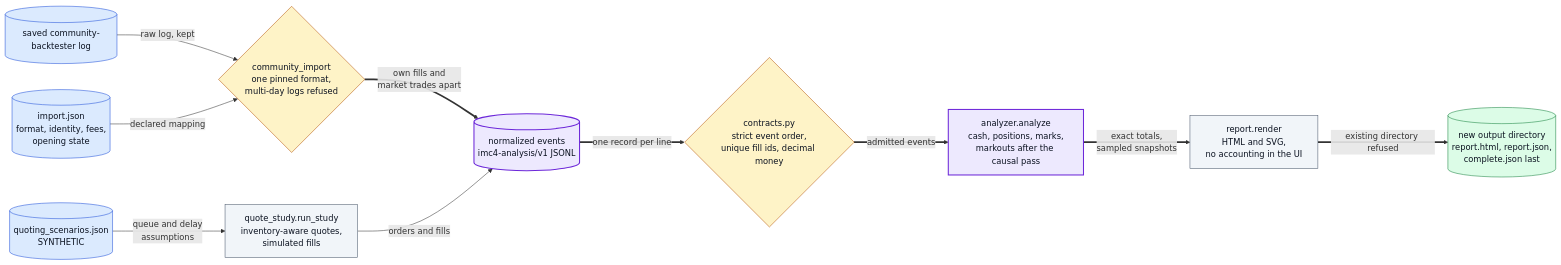
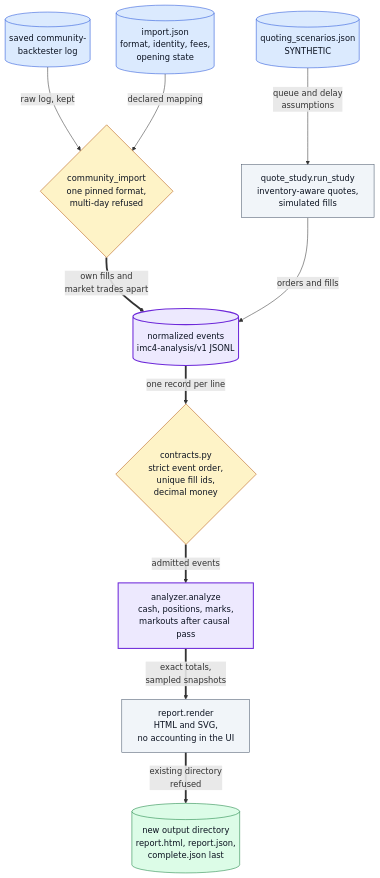
Before and after one commit to oscar-chw/agentic-quant-research: the ninth of 9 diagrams in docs/DIAGRAMS.md, drawn with Mermaid. The commit also changed other lines of this file and 9 other files, not shown here.

Commit message:
docs: make diagrams legible at README width

````diff
--- a/docs/DIAGRAMS.md
+++ b/docs/DIAGRAMS.md
@@ -374,35 +383,35 @@
 ```mermaid
-flowchart LR
-    LOG[("saved community-backtester log")]
+flowchart TB
+    LOG[("saved community-<br/>backtester log")]
     ICFG[("import.json<br/>format, identity, fees,<br/>opening state")]
     SCEN[("quoting_scenarios.json<br/>SYNTHETIC")]
-    IMP{"community_import<br/>one pinned format,<br/>multi-day logs refused"}
+    IMP{"community_import<br/>one pinned format,<br/>multi-day refused"}
     QS["quote_study.run_study<br/>inventory-aware quotes,<br/>simulated fills"]
     JSONL[("normalized events<br/>imc4-analysis/v1 JSONL")]
-    VAL{"contracts.py<br/>strict event order,<br/>unique fill ids, decimal money"}
-    AN["analyzer.analyze<br/>cash, positions, marks,<br/>markouts after the causal pass"]
+    VAL{"contracts.py<br/>strict event order,<br/>unique fill ids,<br/>decimal money"}
+    AN["analyzer.analyze<br/>cash, positions, marks,<br/>markouts after causal pass"]
     REP["report.render<br/>HTML and SVG,<br/>no accounting in the UI"]
     OUT[("new output directory<br/>report.html, report.json,<br/>complete.json last")]
 
     LOG -->|"raw log, kept"| IMP
     ICFG -->|"declared mapping"| IMP
     IMP ==>|"own fills and<br/>market trades apart"| JSONL
     SCEN -->|"queue and delay<br/>assumptions"| QS
     QS -->|"orders and fills"| JSONL
     JSONL ==>|"one record per line"| VAL
     VAL ==>|"admitted events"| AN
     AN ==>|"exact totals,<br/>sampled snapshots"| REP
-    REP ==>|"existing directory refused"| OUT
+    REP ==>|"existing directory<br/>refused"| OUT
 
     classDef data fill:#dbeafe,stroke:#1d4ed8,color:#0b1220
     classDef step fill:#f1f5f9,stroke:#475569,color:#0b1220
     classDef gate fill:#fef3c7,stroke:#b45309,color:#0b1220
     classDef out  fill:#dcfce7,stroke:#15803d,color:#0b1220
     classDef ext  fill:#f8fafc,stroke:#94a3b8,color:#0b1220,stroke-dasharray:4 3
     classDef key  fill:#ede9fe,stroke:#6d28d9,color:#0b1220,stroke-width:2px
     class LOG,ICFG,SCEN data
     class QS,REP step
     class IMP,VAL gate
     class OUT out
     class JSONL,AN key
 ```
````
